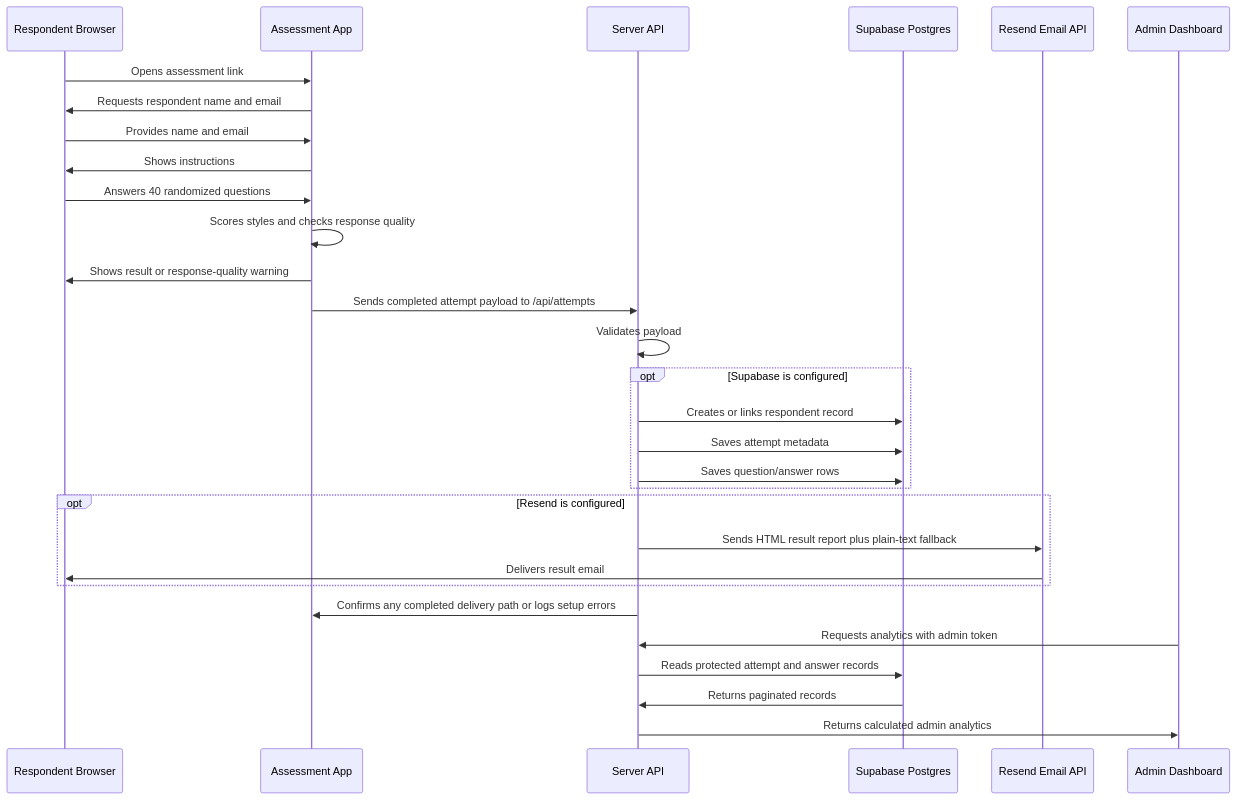
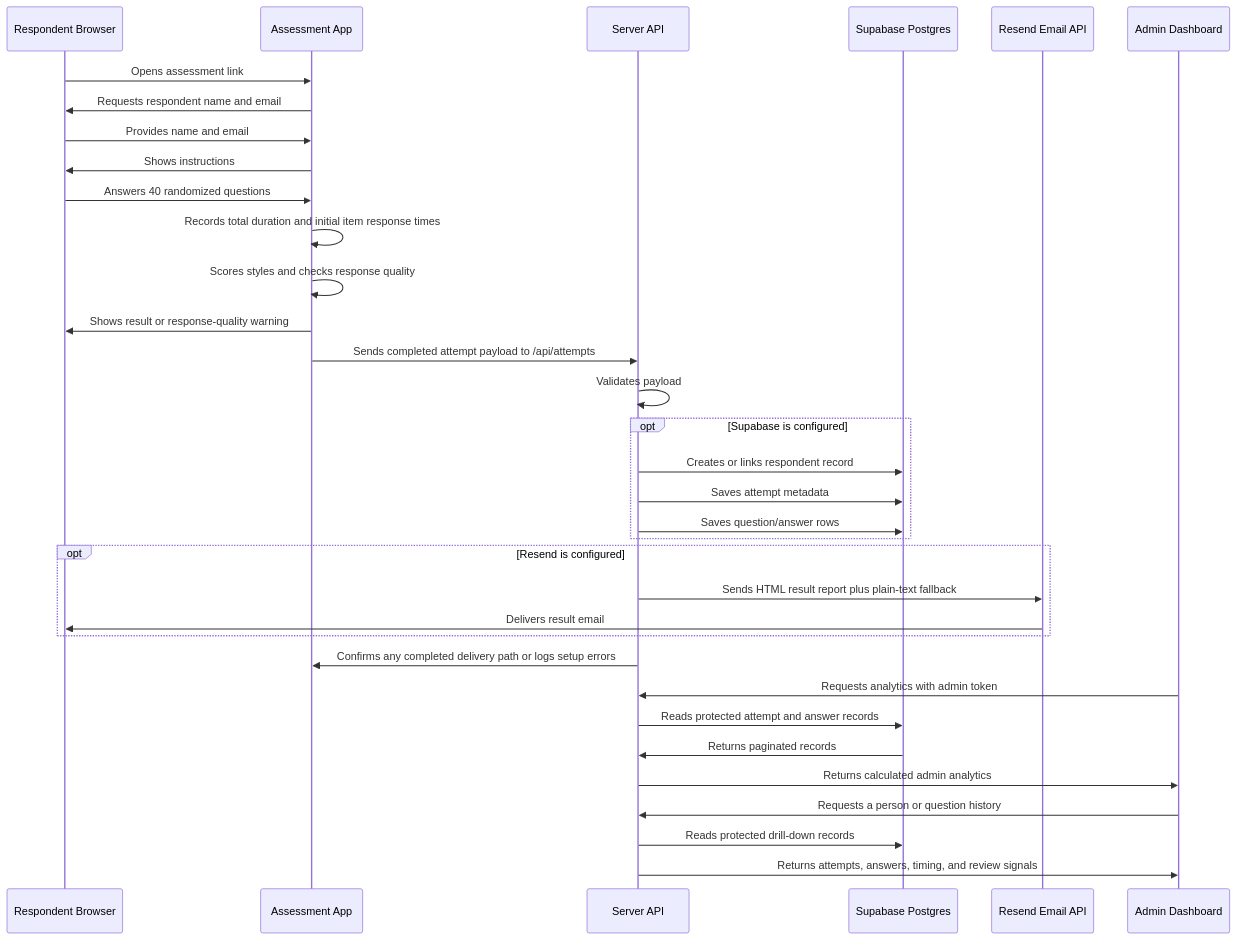
Before and after one commit to campojo/2.0_Leadership: the second of 3 diagrams in ARCHITECTURE_OVERVIEW.md, drawn with Mermaid. The commit also changed other lines of this file and 9 other files, not shown here.

````diff
--- a/ARCHITECTURE_OVERVIEW.md
+++ b/ARCHITECTURE_OVERVIEW.md
@@ -84,33 +85,37 @@
 ```mermaid
 sequenceDiagram
   participant R as Respondent Browser
   participant A as Assessment App
   participant API as Server API
   participant DB as Supabase Postgres
   participant Email as Resend Email API
   participant Admin as Admin Dashboard
 
   R->>A: Opens assessment link
   A->>R: Requests respondent name and email
   R->>A: Provides name and email
   A->>R: Shows instructions
   R->>A: Answers 40 randomized questions
+  A->>A: Records total duration and initial item response times
   A->>A: Scores styles and checks response quality
   A->>R: Shows result or response-quality warning
   A->>API: Sends completed attempt payload to /api/attempts
   API->>API: Validates payload
   opt Supabase is configured
     API->>DB: Creates or links respondent record
     API->>DB: Saves attempt metadata
     API->>DB: Saves question/answer rows
   end
   opt Resend is configured
     API->>Email: Sends HTML result report plus plain-text fallback
     Email->>R: Delivers result email
   end
   API->>A: Confirms any completed delivery path or logs setup errors
   Admin->>API: Requests analytics with admin token
   API->>DB: Reads protected attempt and answer records
   DB->>API: Returns paginated records
   API->>Admin: Returns calculated admin analytics
+  Admin->>API: Requests a person or question history
+  API->>DB: Reads protected drill-down records
+  API->>Admin: Returns attempts, answers, timing, and review signals
 ```
````
